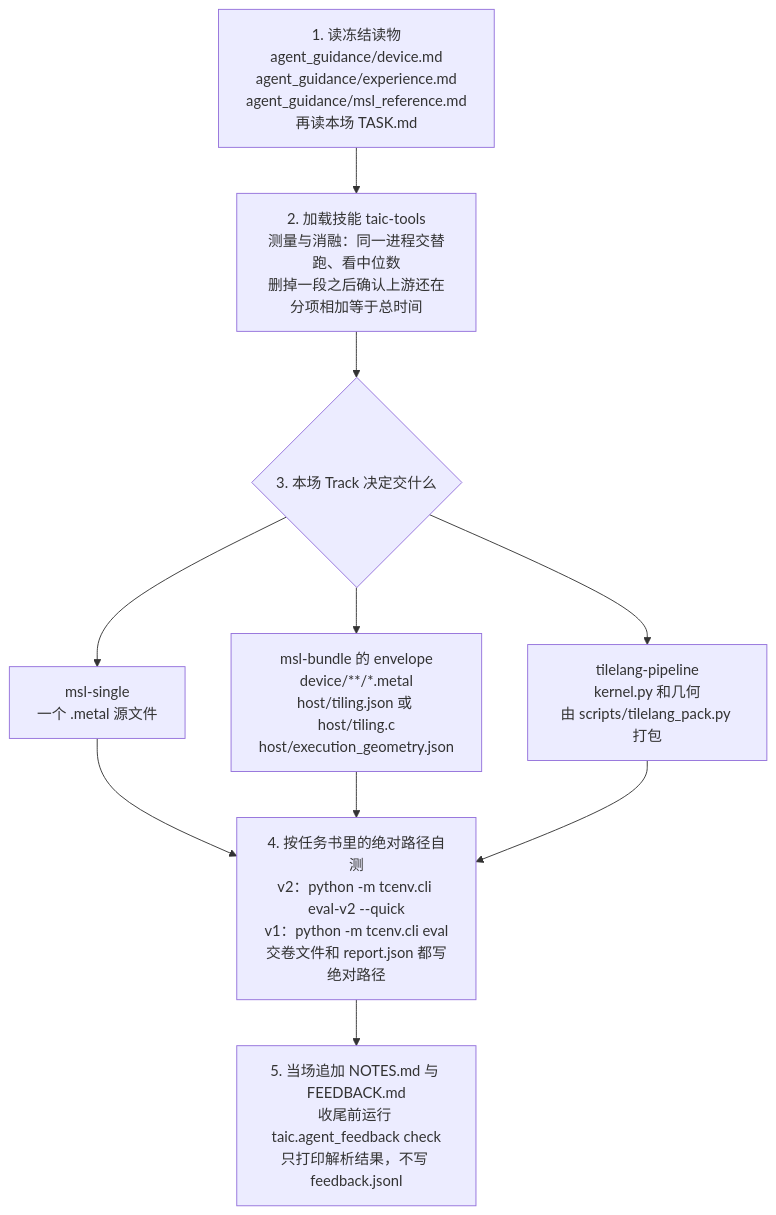
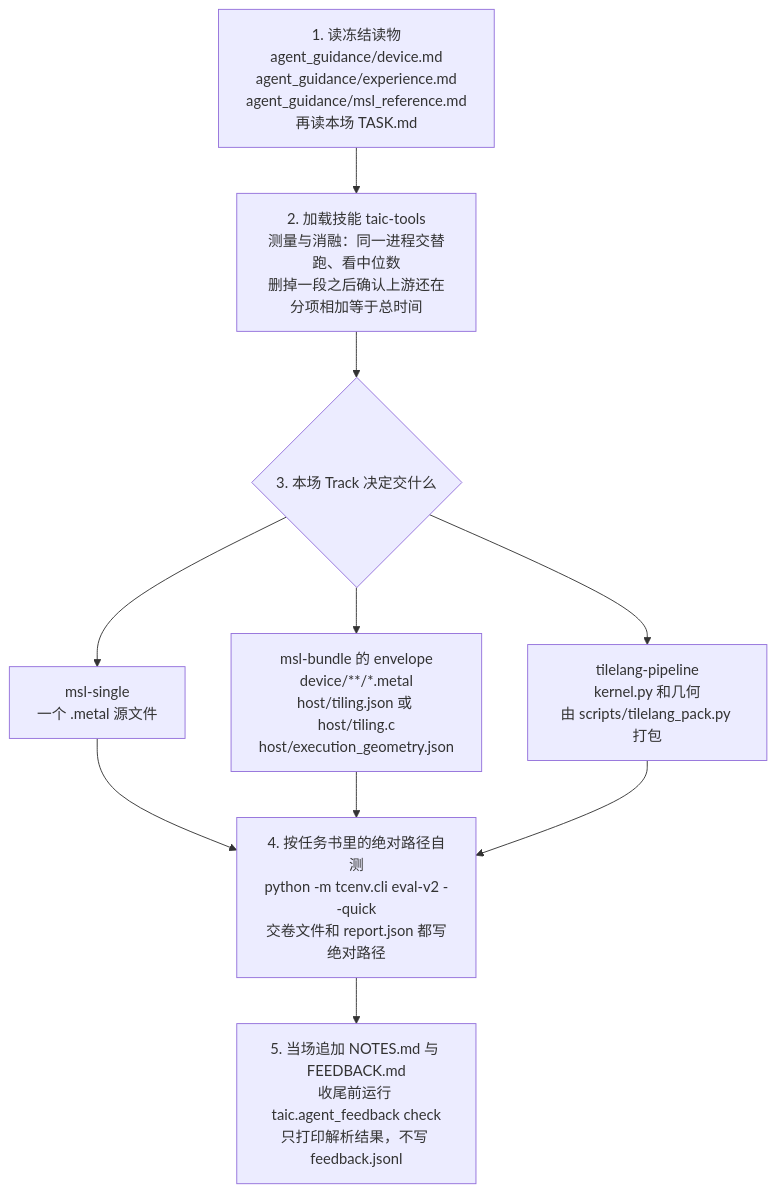
The first of 2 diagrams in docs/写核代理读什么.md (kuafuwang/ShapeForge), drawn with Mermaid before and after one commit. The commit also changed 60 other files, not shown here.

````diff
--- a/docs/写核代理读什么.md
+++ b/docs/写核代理读什么.md
@@ -20,12 +20,12 @@
 ```mermaid
 flowchart TD
   A["1. 读冻结读物<br/>agent_guidance/device.md<br/>agent_guidance/experience.md<br/>agent_guidance/msl_reference.md<br/>再读本场 TASK.md"] --> B["2. 加载技能 taic-tools<br/>测量与消融：同一进程交替跑、看中位数<br/>删掉一段之后确认上游还在<br/>分项相加等于总时间"]
   B --> C{"3. 本场 Track 决定交什么"}
   C --> C1["msl-single<br/>一个 .metal 源文件"]
   C --> C2["msl-bundle 的 envelope<br/>device/**/*.metal<br/>host/tiling.json 或 host/tiling.c<br/>host/execution_geometry.json"]
   C --> C3["tilelang-pipeline<br/>kernel.py 和几何<br/>由 scripts/tilelang_pack.py 打包"]
-  C1 --> D["4. 按任务书里的绝对路径自测<br/>v2：python -m tcenv.cli eval-v2 --quick<br/>v1：python -m tcenv.cli eval<br/>交卷文件和 report.json 都写绝对路径"]
+  C1 --> D["4. 按任务书里的绝对路径自测<br/>python -m tcenv.cli eval-v2 --quick<br/>交卷文件和 report.json 都写绝对路径"]
   C2 --> D
   C3 --> D
   D --> E["5. 当场追加 NOTES.md 与 FEEDBACK.md<br/>收尾前运行 taic.agent_feedback check<br/>只打印解析结果，不写 feedback.jsonl"]
 ```
````
